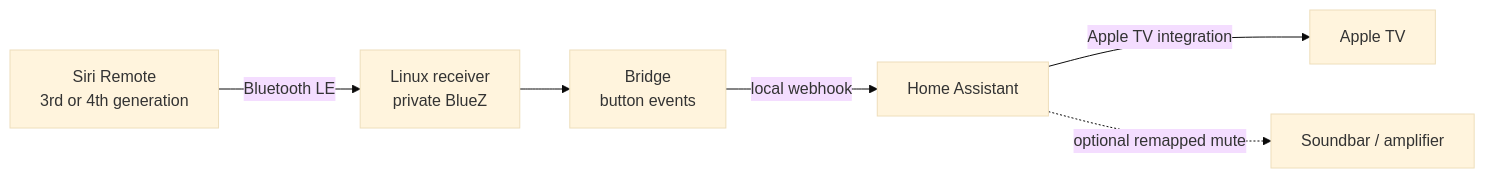
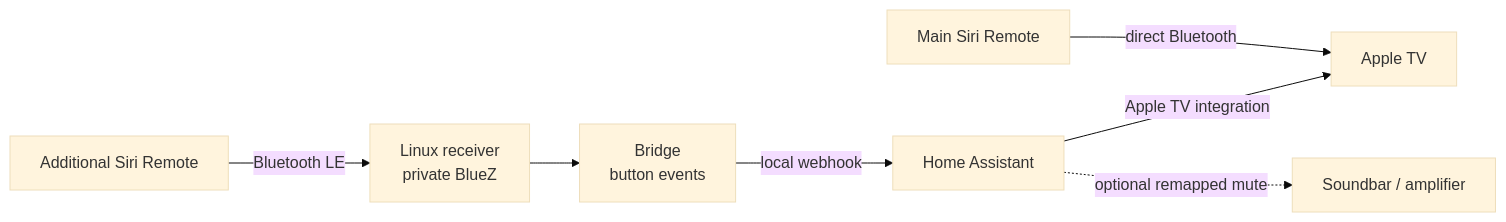
One commit to RobinMJD/siri-remote-bridge changed the diagram in README.md. Above: the diagram before and after it, drawn with Mermaid (base theme). The commit also changed other lines of this file and 1 other file, not shown here.

Commit message:
docs: lead with two Siri Remotes use case

````diff
--- a/README.md
+++ b/README.md
@@ -5,8 +27,9 @@
 ```mermaid
 flowchart LR
-    remote["Siri Remote<br/>3rd or 4th generation"] -->|Bluetooth LE| bluez["Linux receiver<br/>private BlueZ"]
+    main["Main Siri Remote"] -->|direct Bluetooth| tv["Apple TV"]
+    remote["Additional Siri Remote"] -->|Bluetooth LE| bluez["Linux receiver<br/>private BlueZ"]
     bluez --> relay["Bridge<br/>button events"]
     relay -->|local webhook| ha["Home Assistant"]
-    ha -->|Apple TV integration| tv["Apple TV"]
+    ha -->|Apple TV integration| tv
     ha -.->|optional remapped mute| audio["Soundbar / amplifier"]
 ```
````
